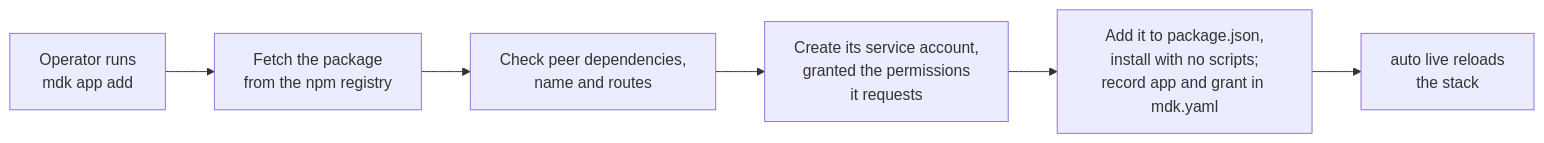
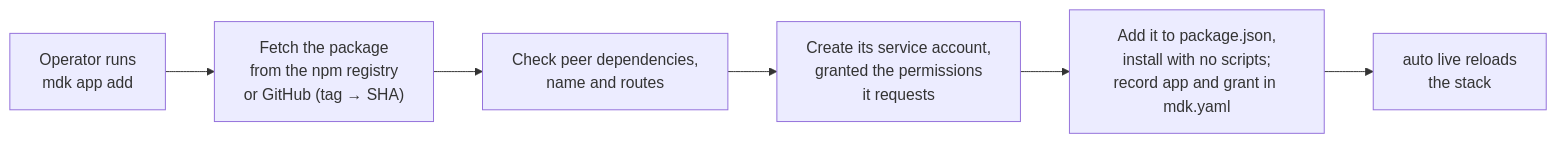
One commit to ankit-tether/mdk-be changed the diagram in docs/hld-app-packaging.md. Above: the diagram before and after it, drawn with Mermaid. The commit also changed other lines of this file, not shown here.

First line of the commit message:
Update HLD for MDK App Packaging to include GitHub repository installation options

````diff
--- a/docs/hld-app-packaging.md
+++ b/docs/hld-app-packaging.md
@@ -179,8 +186,8 @@
 ```mermaid
 flowchart LR
-  A["Operator runs<br/>mdk app add"] --> B["Fetch the package<br/>from the npm registry"]
+  A["Operator runs<br/>mdk app add"] --> B["Fetch the package<br/>from the npm registry<br/>or GitHub (tag → SHA)"]
   B --> C["Check peer dependencies,<br/>name and routes"]
   C --> D["Create its service account,<br/>granted the permissions<br/>it requests"]
   D --> E["Add it to package.json,<br/>install with no scripts;<br/>record app and grant in mdk.yaml"]
   E --> F["auto live reloads<br/>the stack"]
 ```
````
